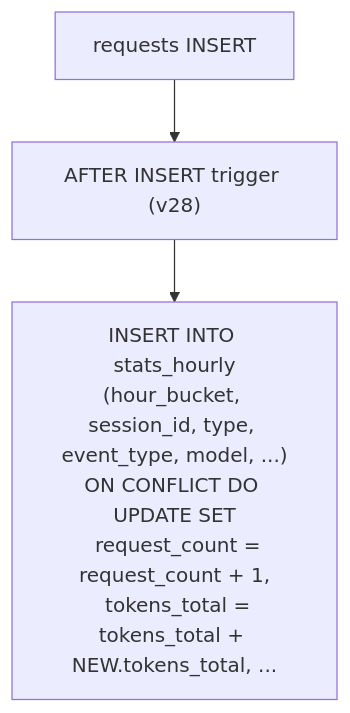
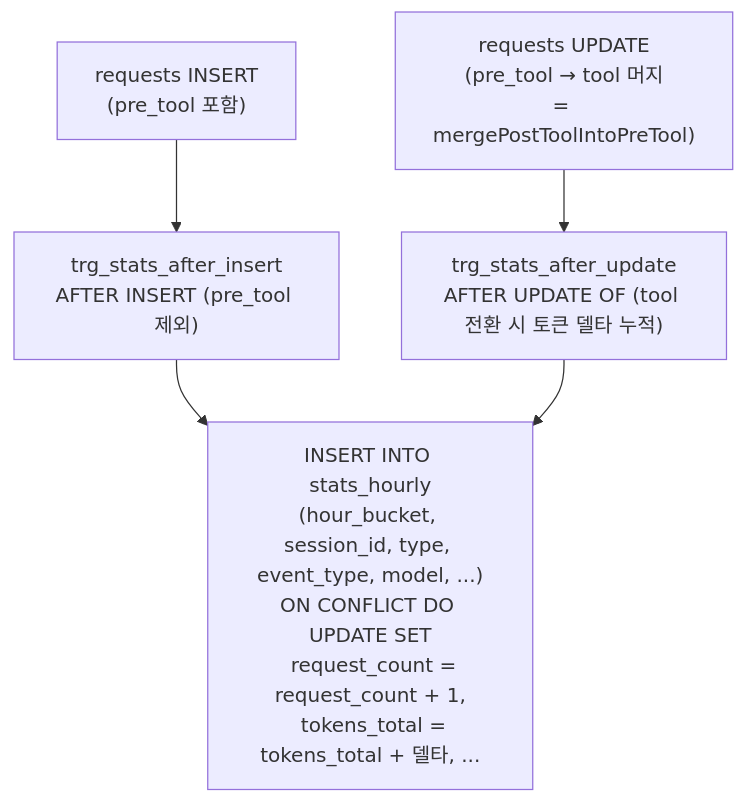
One commit to gmoon92/claude-spyglass changed the ninth of 9 diagrams in docs/architecture/architecture.md. Above: the diagram before and after it, drawn with Mermaid. The commit also changed other lines of this file and 9 other files, not shown here.

Commit message:
docs(architecture): 아키텍처 문서 소스 기준 현행화

````diff
--- a/docs/architecture/architecture.md
+++ b/docs/architecture/architecture.md
@@ -915,9 +917,13 @@
 ```mermaid
 flowchart TD
-    INSERT["requests INSERT"]
-    TRIGGER["AFTER INSERT trigger (v28)"]
-    UPSERT["INSERT INTO stats_hourly\n(hour_bucket, session_id, type, event_type, model, ...)\nON CONFLICT DO UPDATE SET\n  request_count = request_count + 1,\n  tokens_total = tokens_total + NEW.tokens_total, ..."]
+    INSERT["requests INSERT\n(pre_tool 포함)"]
+    UPDATE["requests UPDATE\n(pre_tool → tool 머지\n= mergePostToolIntoPreTool)"]
+    TRG_INS["trg_stats_after_insert\nAFTER INSERT (pre_tool 제외)"]
+    TRG_UPD["trg_stats_after_update\nAFTER UPDATE OF (tool 전환 시 토큰 델타 누적)"]
+    UPSERT["INSERT INTO stats_hourly\n(hour_bucket, session_id, type, event_type, model, ...)\nON CONFLICT DO UPDATE SET\n  request_count = request_count + 1,\n  tokens_total = tokens_total + 델타, ..."]
 
-    INSERT --> TRIGGER
-    TRIGGER --> UPSERT
+    INSERT --> TRG_INS
+    UPDATE --> TRG_UPD
+    TRG_INS --> UPSERT
+    TRG_UPD --> UPSERT
 ```
````
